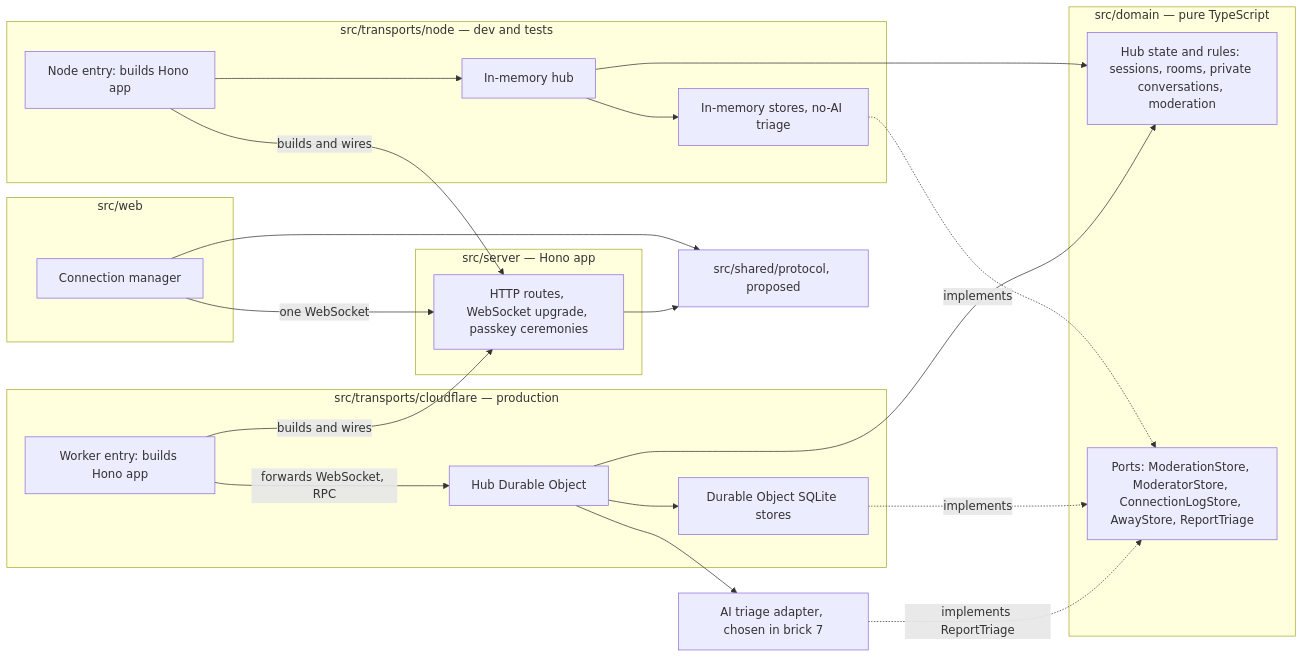
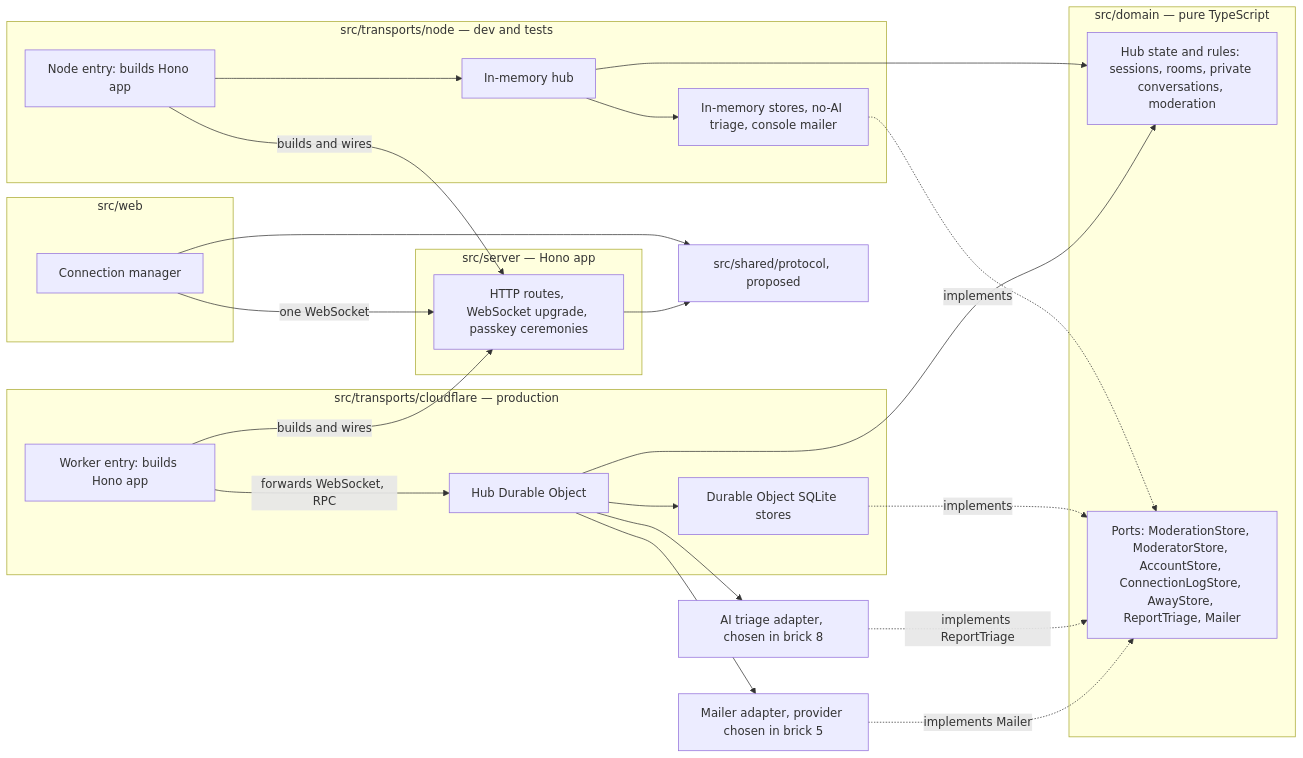
The diagram in docs/architecture/diagrams/platform/03-component.md (benoit-bremaud/asv), drawn with Mermaid before and after one commit. The commit also changed 43 other files, not shown here.

First line of the commit message:
docs: accounts for private messages, strikes, legal-first roadmap

````diff
--- a/docs/architecture/diagrams/platform/03-component.md
+++ b/docs/architecture/diagrams/platform/03-component.md
@@ -14,40 +14,43 @@
 ```mermaid
 flowchart LR
   subgraph Web ["src/web"]
     Conn["Connection manager"]
   end
   Shared["src/shared/protocol, proposed"]
   subgraph Server ["src/server — Hono app"]
     Routes["HTTP routes, WebSocket upgrade, passkey ceremonies"]
   end
   subgraph Domain ["src/domain — pure TypeScript"]
     Core["Hub state and rules: sessions, rooms, private conversations, moderation"]
-    Ports["Ports: ModerationStore, ModeratorStore, ConnectionLogStore, AwayStore, ReportTriage"]
+    Ports["Ports: ModerationStore, ModeratorStore, AccountStore, ConnectionLogStore, AwayStore, ReportTriage, Mailer"]
   end
   subgraph NodeT ["src/transports/node — dev and tests"]
     NodeMain["Node entry: builds Hono app"]
     NodeHub["In-memory hub"]
-    NodeStore["In-memory stores, no-AI triage"]
+    NodeStore["In-memory stores, no-AI triage, console mailer"]
   end
   subgraph CfT ["src/transports/cloudflare — production"]
     WorkerEntry["Worker entry: builds Hono app"]
     HubDO["Hub Durable Object"]
     Sqlite["Durable Object SQLite stores"]
   end
-  AIAdapter["AI triage adapter, chosen in brick 7"]
+  AIAdapter["AI triage adapter, chosen in brick 8"]
+  MailAdapter["Mailer adapter, provider chosen in brick 5"]
   Conn -->|"one WebSocket"| Routes
   Conn --> Shared
   Routes --> Shared
   NodeMain -->|"builds and wires"| Routes
   WorkerEntry -->|"builds and wires"| Routes
   NodeMain --> NodeHub
   WorkerEntry -->|"forwards WebSocket, RPC"| HubDO
   NodeHub --> Core
   HubDO --> Core
   NodeStore -.->|"implements"| Ports
   Sqlite -.->|"implements"| Ports
   AIAdapter -.->|"implements ReportTriage"| Ports
+  MailAdapter -.->|"implements Mailer"| Ports
+  HubDO --> MailAdapter
   NodeHub --> NodeStore
   HubDO --> Sqlite
   HubDO --> AIAdapter
 ```
````
